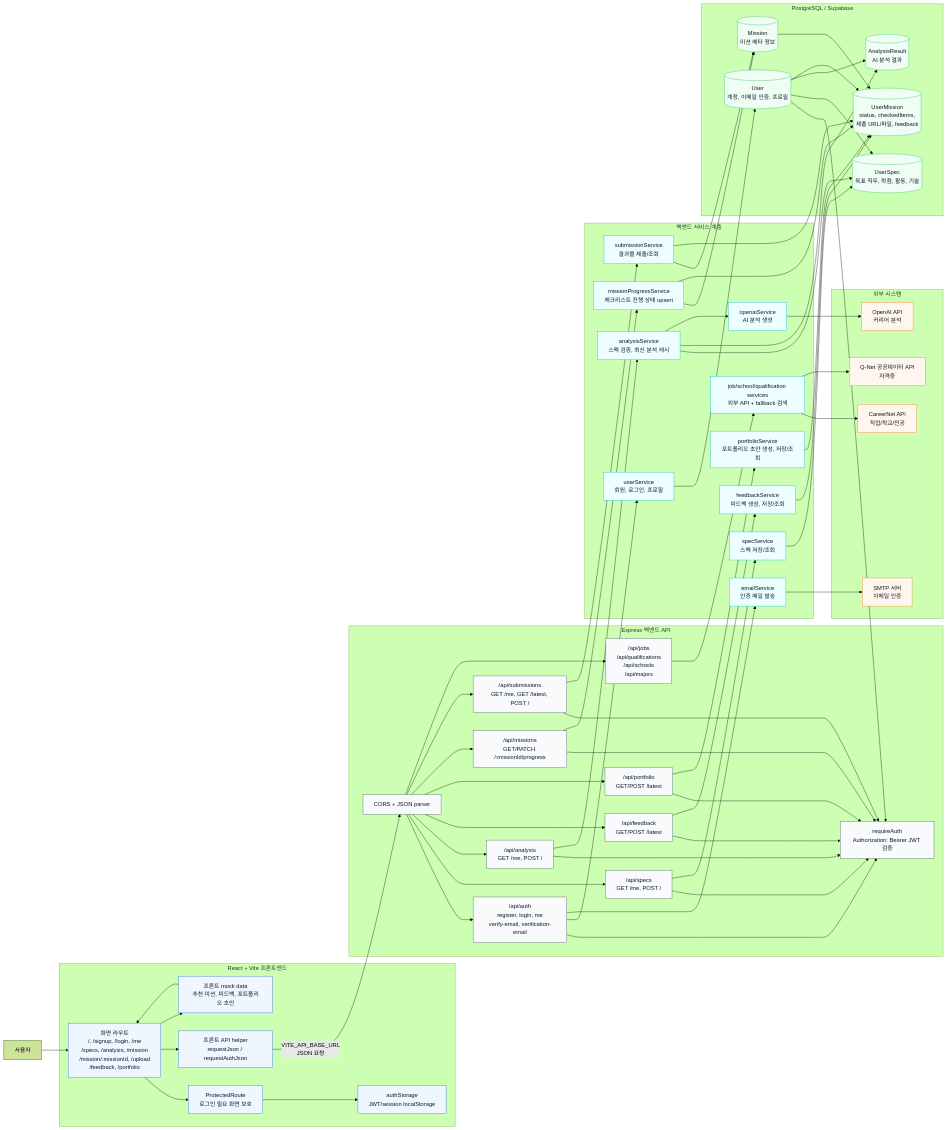
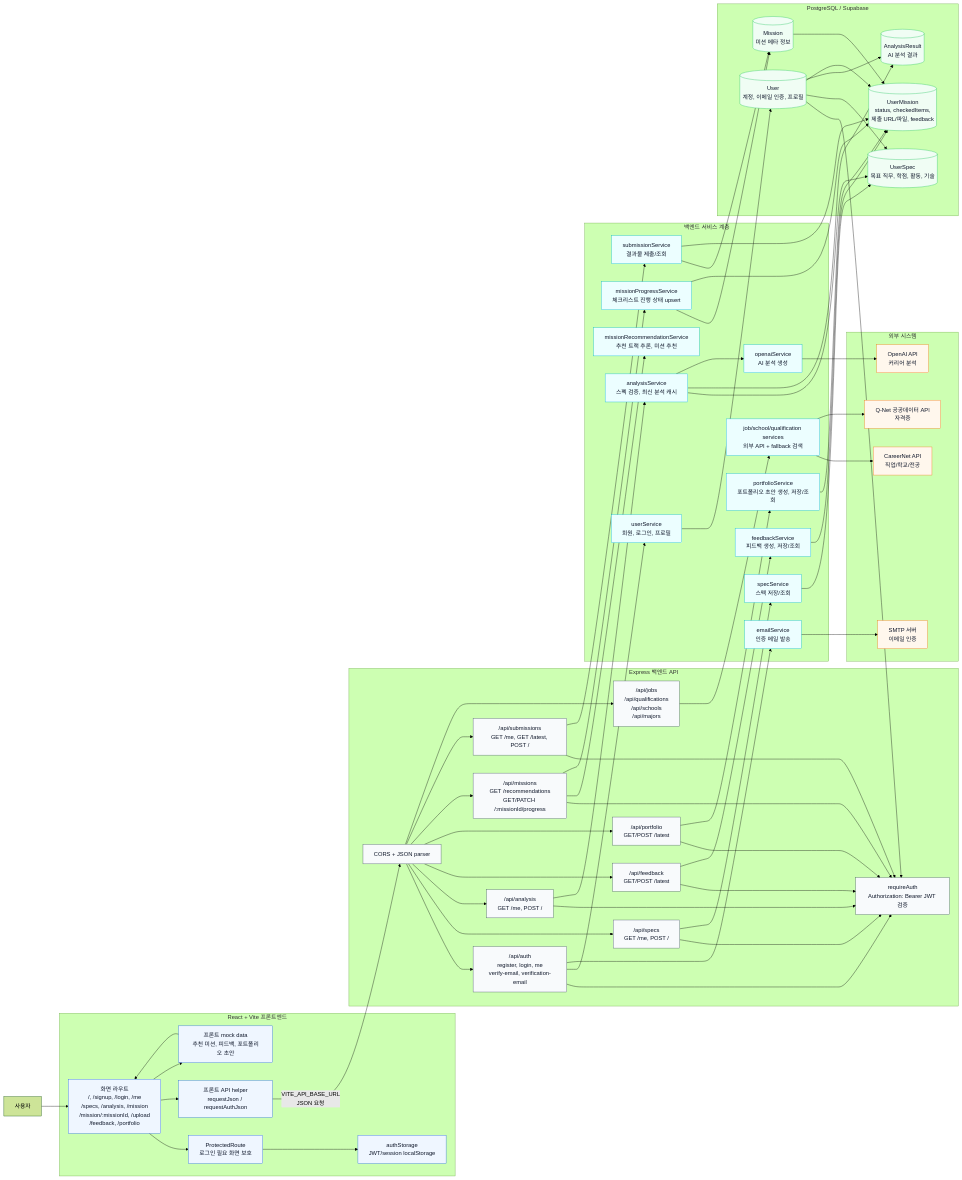
The diagram in AI_agent/docs/architecture-data-flow.md (Mureung1/hub-showcase), drawn with Mermaid (forest theme) before and after one commit. The commit also changed 10 other files, not shown here.

````diff
--- a/AI_agent/docs/architecture-data-flow.md
+++ b/AI_agent/docs/architecture-data-flow.md
@@ -23,7 +23,7 @@
     analysisRoutes["/api/analysis\nGET /me, POST /"]
     feedbackRoutes["/api/feedback\nGET/POST /latest"]
     portfolioRoutes["/api/portfolio\nGET/POST /latest"]
-    missionRoutes["/api/missions\nGET/PATCH /:missionId/progress"]
+    missionRoutes["/api/missions\nGET /recommendations\nGET/PATCH /:missionId/progress"]
     submissionRoutes["/api/submissions\nGET /me, GET /latest, POST /"]
     careerRoutes["/api/jobs\n/api/qualifications\n/api/schools\n/api/majors"]
     requireAuth["requireAuth\nAuthorization: Bearer JWT 검증"]
@@ -35,6 +35,7 @@
     analysisService["analysisService\n스펙 검증, 최신 분석 캐시"]
     feedbackService["feedbackService\n피드백 생성, 저장/조회"]
     portfolioService["portfolioService\n포트폴리오 초안 생성, 저장/조회"]
+    missionRecommendationService["missionRecommendationService\n추천 트랙 추론, 미션 추천"]
     missionProgressService["missionProgressService\n체크리스트 진행 상태 upsert"]
     submissionService["submissionService\n결과물 제출/조회"]
     searchServices["job/school/qualification services\n외부 API + fallback 검색"]
@@ -85,6 +86,7 @@
   analysisRoutes --> analysisService
   feedbackRoutes --> feedbackService
   portfolioRoutes --> portfolioService
+  missionRoutes --> missionRecommendationService
   missionRoutes --> missionProgressService
   submissionRoutes --> submissionService
   careerRoutes --> searchServices
@@ -121,7 +123,7 @@
   classDef external fill:#fff7ed,stroke:#f97316,color:#0f172a;
   class pages,protected,authStorage,apiClient,mockData client;
   class cors,authRoutes,specRoutes,analysisRoutes,feedbackRoutes,portfolioRoutes,missionRoutes,submissionRoutes,careerRoutes,requireAuth server;
-  class userService,specService,analysisService,feedbackService,portfolioService,missionProgressService,submissionService,searchServices,openaiService,emailService service;
+  class userService,specService,analysisService,feedbackService,portfolioService,missionRecommendationService,missionProgressService,submissionService,searchServices,openaiService,emailService service;
   class dbUser,dbSpec,dbAnalysis,dbMission,dbUserMission db;
   class smtp,openai,careerNet,qnet external;
 ```
````
